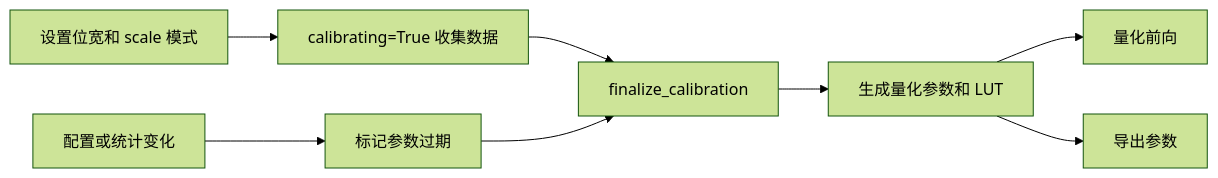
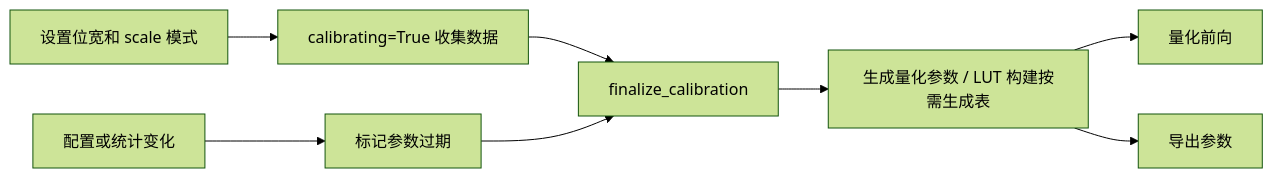
Before and after one commit to reexen-tech/rx-met: the third of 3 diagrams in operators/quant-gru/docs/GRU量化计算流程.md, drawn with Mermaid (forest theme). The commit also changed other lines of this file and 24 other files, not shown here.

````diff
--- a/operators/quant-gru/docs/GRU量化计算流程.md
+++ b/operators/quant-gru/docs/GRU量化计算流程.md
@@ -143,10 +144,10 @@
 ```mermaid
 flowchart LR
     Config["设置位宽和 scale 模式"] --> Collect["calibrating=True 收集数据"]
     Collect --> Finalize["finalize_calibration"]
-    Finalize --> Params["生成量化参数和 LUT"]
+    Finalize --> Params["生成量化参数 / LUT 构建按需生成表"]
     Params --> Run["量化前向"]
     Params --> Export["导出参数"]
     Change["配置或统计变化"] --> Dirty["标记参数过期"]
     Dirty --> Finalize
 ```
````
